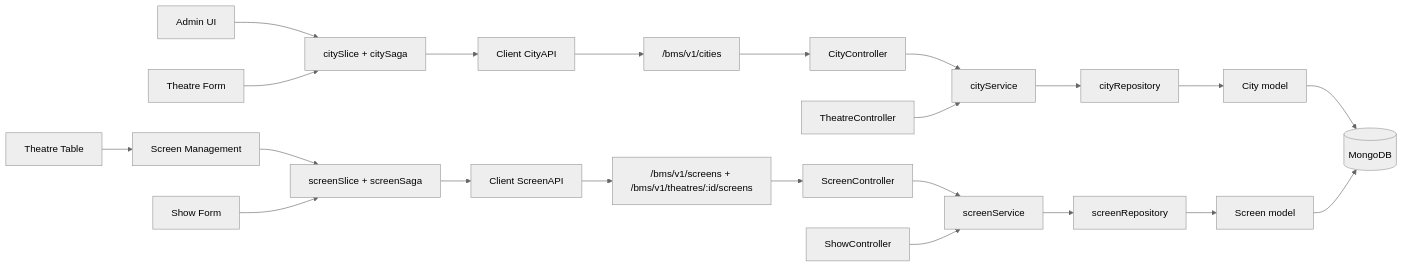
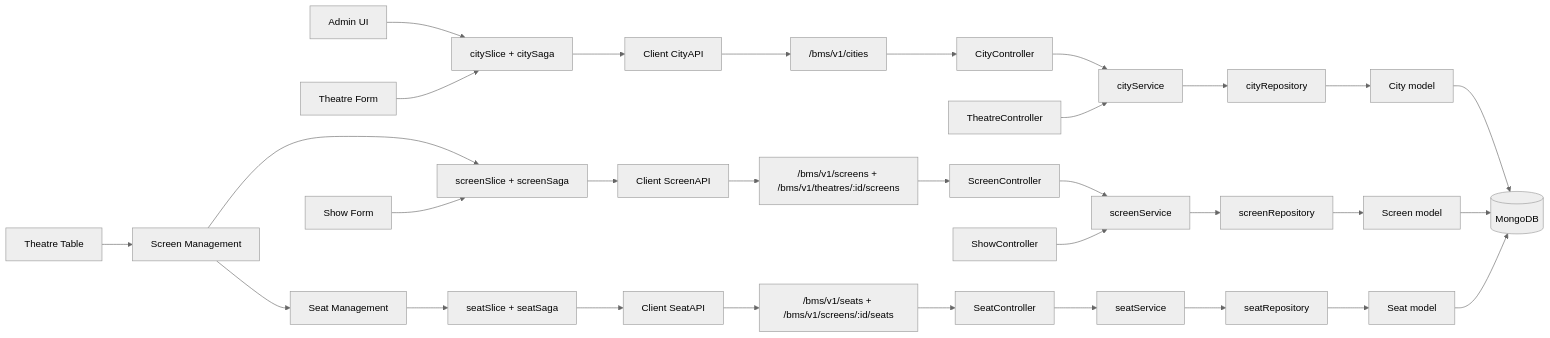
The tenth of 12 diagrams in docs/ARCHITECTURE.md (Shravan-509/BookMyShow), drawn with Mermaid (neutral theme) before and after one commit. The commit also changed other lines of this file and 31 other files, not shown here.

First line of the commit message:
feat(seat): add physical seat management

````diff
--- a/docs/ARCHITECTURE.md
+++ b/docs/ARCHITECTURE.md
@@ -628,24 +662,33 @@
 ```mermaid
 flowchart LR
     Admin["Admin UI"] --> CityRedux["citySlice + citySaga"]
     TheatreForm["Theatre Form"] --> CityRedux
     CityRedux --> CityAPI["Client CityAPI"]
     CityAPI --> CityRoutes["/bms/v1/cities"]
     CityRoutes --> CityController["CityController"]
     CityController --> CityService["cityService"]
     CityService --> CityRepository["cityRepository"]
     CityRepository --> CityModel["City model"]
     CityModel --> MongoDB[("MongoDB")]
     TheatreController["TheatreController"] --> CityService
     TheatreUI["Theatre Table"] --> ScreenModal["Screen Management"]
     ScreenModal --> ScreenRedux["screenSlice + screenSaga"]
     ShowForm["Show Form"] --> ScreenRedux
     ScreenRedux --> ScreenAPI["Client ScreenAPI"]
     ScreenAPI --> ScreenRoutes["/bms/v1/screens + /bms/v1/theatres/:id/screens"]
     ScreenRoutes --> ScreenController["ScreenController"]
     ScreenController --> ScreenService["screenService"]
     ScreenService --> ScreenRepository["screenRepository"]
     ScreenRepository --> ScreenModel["Screen model"]
     ScreenModel --> MongoDB
+    ScreenModal --> SeatModal["Seat Management"]
+    SeatModal --> SeatRedux["seatSlice + seatSaga"]
+    SeatRedux --> SeatAPI["Client SeatAPI"]
+    SeatAPI --> SeatRoutes["/bms/v1/seats + /bms/v1/screens/:id/seats"]
+    SeatRoutes --> SeatController["SeatController"]
+    SeatController --> SeatService["seatService"]
+    SeatService --> SeatRepository["seatRepository"]
+    SeatRepository --> SeatModel["Seat model"]
+    SeatModel --> MongoDB
     ShowController["ShowController"] --> ScreenService
 ```
````
